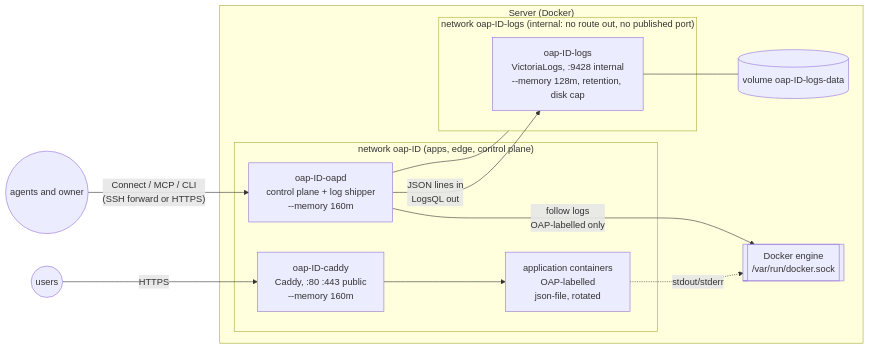
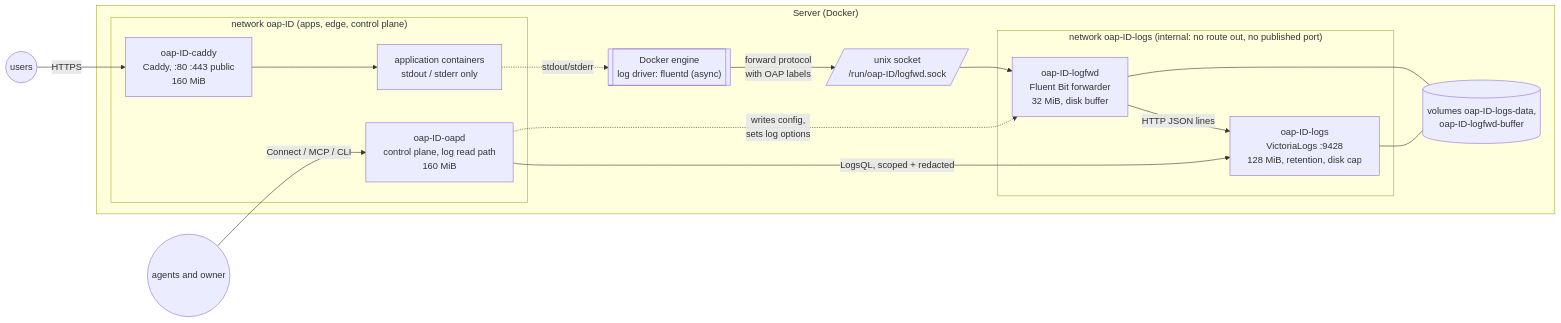
Before and after one commit to mohsalsaleem/OpenAppPlatform: the first of 3 diagrams in docs/architecture/adr/0002-application-logs.md, drawn with Mermaid. The commit also changed other lines of this file and 1 other file, not shown here.

First line of the commit message:
Use a Fluent Bit forwarder for logs in ADR 0002

````diff
--- a/docs/architecture/adr/0002-application-logs.md
+++ b/docs/architecture/adr/0002-application-logs.md
@@ -81,22 +82,26 @@
 ```mermaid
 flowchart LR
   subgraph host["Server (Docker)"]
+    docker[["Docker engine<br/>log driver: fluentd (async)"]]
     subgraph appnet["network oap-ID (apps, edge, control plane)"]
-      caddy["oap-ID-caddy<br/>Caddy, :80 :443 public<br/>--memory 160m"]
-      oapd["oap-ID-oapd<br/>control plane + log shipper<br/>--memory 160m"]
-      apps["application containers<br/>OAP-labelled<br/>json-file, rotated"]
+      caddy["oap-ID-caddy<br/>Caddy, :80 :443 public<br/>160 MiB"]
+      oapd["oap-ID-oapd<br/>control plane, log read path<br/>160 MiB"]
+      apps["application containers<br/>stdout / stderr only"]
     end
+    sock[/"unix socket<br/>/run/oap-ID/logfwd.sock"/]
     subgraph lognet["network oap-ID-logs (internal: no route out, no published port)"]
-      vl["oap-ID-logs<br/>VictoriaLogs, :9428 internal<br/>--memory 128m, retention, disk cap"]
+      fwd["oap-ID-logfwd<br/>Fluent Bit forwarder<br/>32 MiB, disk buffer"]
+      vl["oap-ID-logs<br/>VictoriaLogs :9428<br/>128 MiB, retention, disk cap"]
     end
-    vol[("volume oap-ID-logs-data")]
-    docker[["Docker engine<br/>/var/run/docker.sock"]]
+    vol[("volumes oap-ID-logs-data,<br/>oap-ID-logfwd-buffer")]
   end
   users((users)) -->|HTTPS| caddy --> apps
-  agents((agents and owner)) -->|"Connect / MCP / CLI<br/>(SSH forward or HTTPS)"| oapd
+  agents((agents and owner)) -->|"Connect / MCP / CLI"| oapd
   apps -. stdout/stderr .-> docker
-  oapd -->|"follow logs<br/>OAP-labelled only"| docker
-  oapd -->|"JSON lines in<br/>LogsQL out"| vl
+  docker -->|"forward protocol<br/>with OAP labels"| sock --> fwd
+  fwd -->|"HTTP JSON lines"| vl
+  oapd -->|"LogsQL, scoped + redacted"| vl
+  oapd -. "writes config,<br/>sets log options" .-> fwd
   vl --- vol
-  oapd --- lognet
+  fwd --- vol
 ```
````
